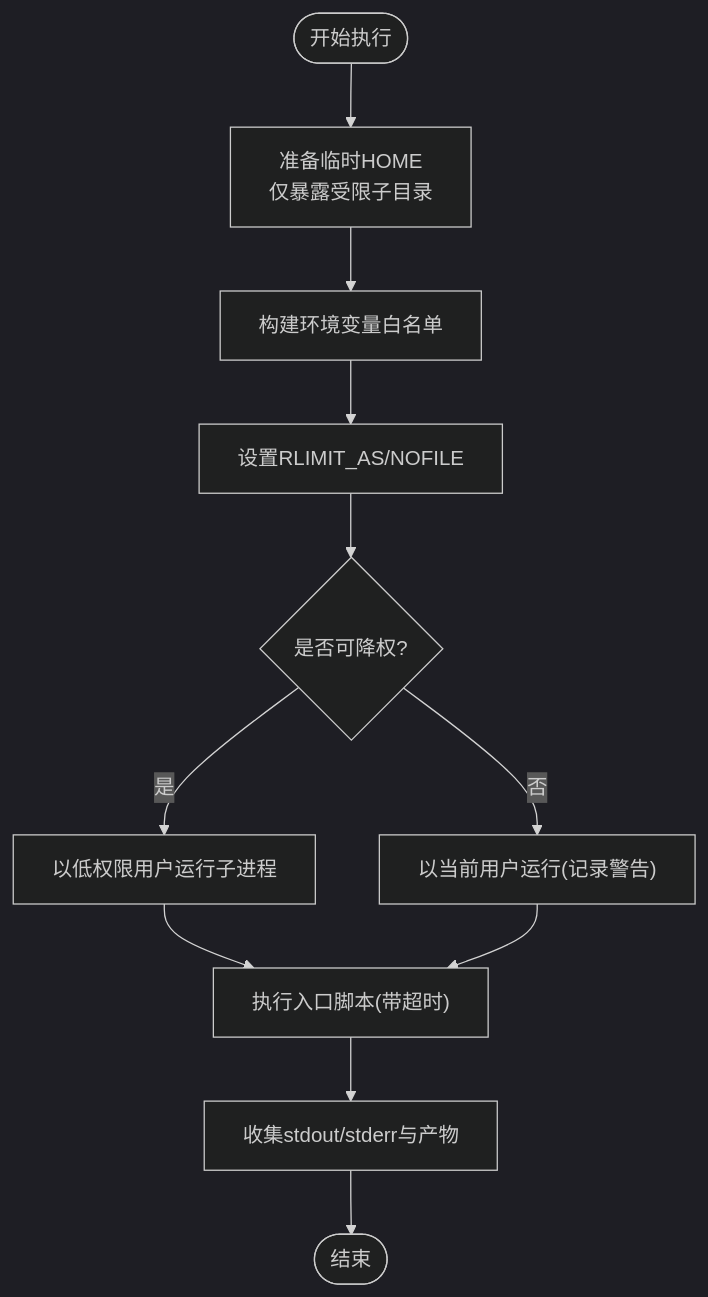
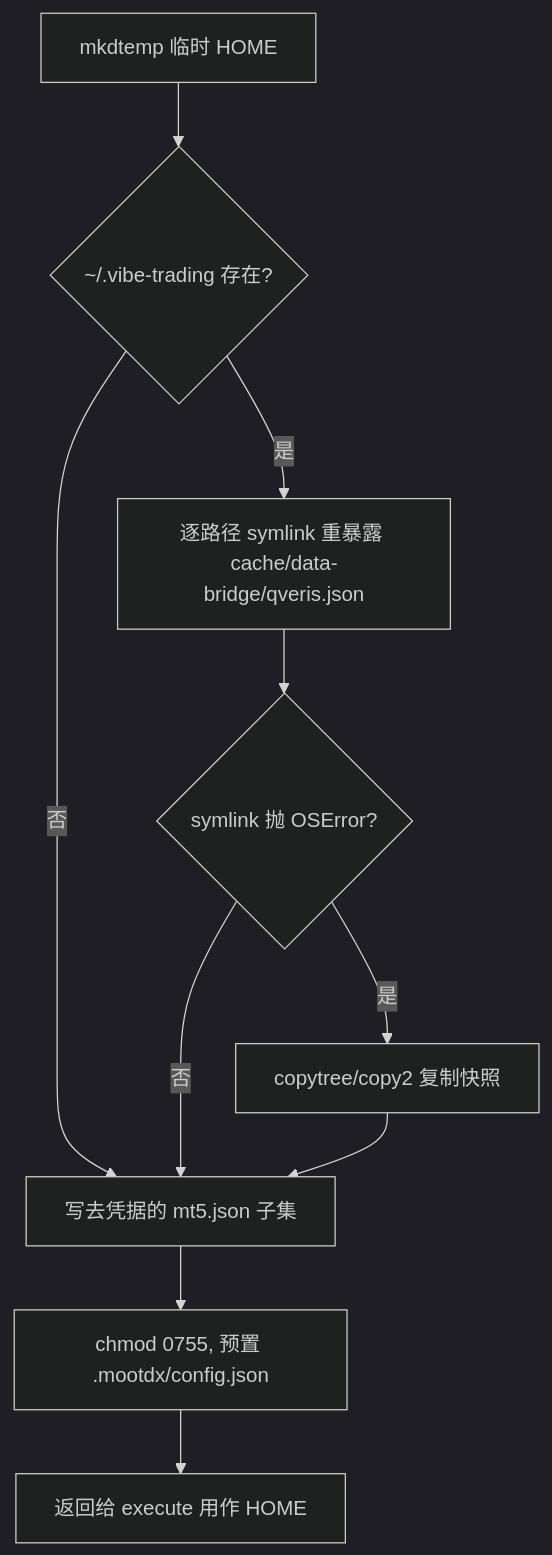
The third of 7 diagrams in repowiki/topics/安全与治理/沙箱机制.md (hjfire/vibe-trading-fw), drawn with Mermaid (dark theme) before and after one commit. The commit also changed other lines of this file and 5 other files, not shown here.

````diff
--- a/repowiki/topics/安全与治理/沙箱机制.md
+++ b/repowiki/topics/安全与治理/沙箱机制.md
@@ -161,13 +162,12 @@
 ```mermaid
 flowchart TD
-Start(["开始执行"]) --> PrepHome["准备临时HOME<br/>仅暴露受限子目录"]
-PrepHome --> BuildEnv["构建环境变量白名单"]
-BuildEnv --> RLimit["设置RLIMIT_AS/NOFILE"]
-RLimit --> DropUID{"是否可降权?"}
-DropUID -- "是" --> RunPriv["以低权限用户运行子进程"]
-DropUID -- "否" --> RunRoot["以当前用户运行(记录警告)"]
-RunPriv --> Exec["执行入口脚本(带超时)"]
-RunRoot --> Exec
-Exec --> Collect["收集stdout/stderr与产物"]
-Collect --> End(["结束"])
+H1["mkdtemp 临时 HOME"] --> H2{"~/.vibe-trading 存在?"}
+H2 -- "否" --> H5
+H2 -- "是" --> H3["逐路径 symlink 重暴露 cache/data-bridge/qveris.json"]
+H3 --> H4{"symlink 抛 OSError?"}
+H4 -- "是" --> H4b["copytree/copy2 复制快照"]
+H4 -- "否" --> H5
+H4b --> H5["写去凭据的 mt5.json 子集"]
+H5 --> H6["chmod 0755, 预置 .mootdx/config.json"]
+H6 --> H7["返回给 execute 用作 HOME"]
 ```
````
